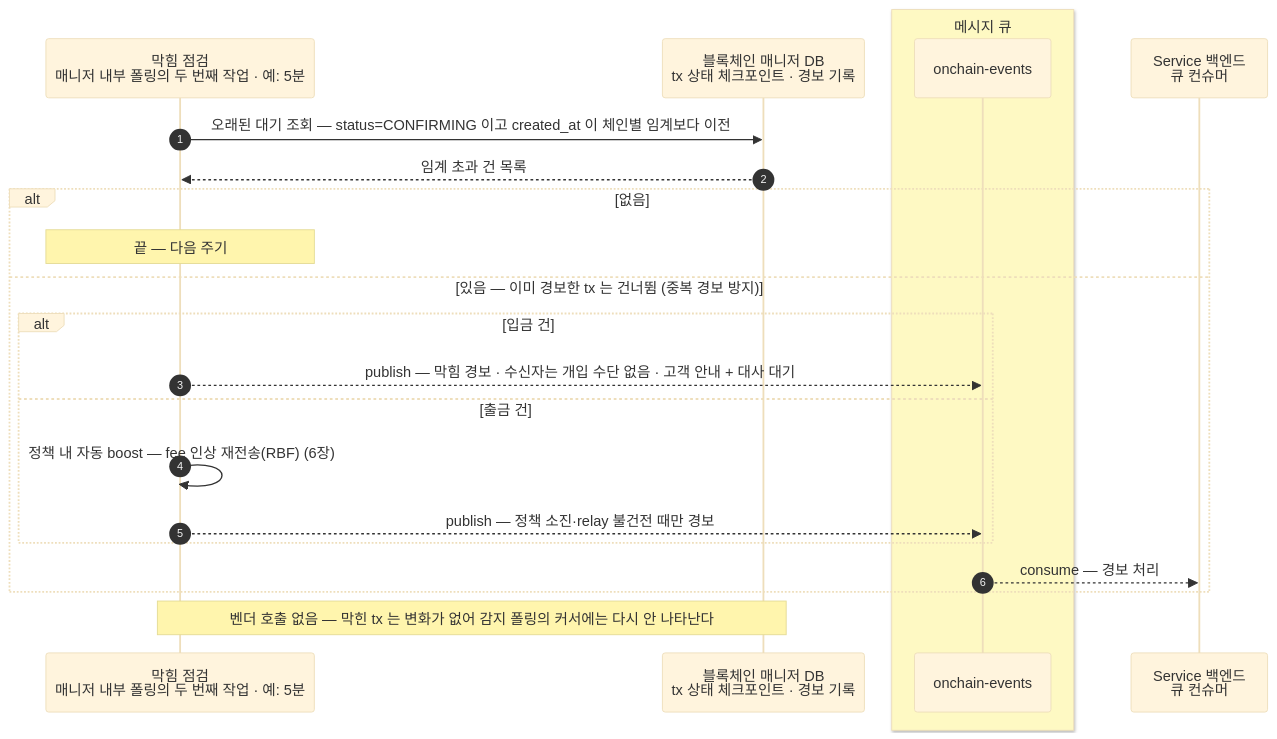
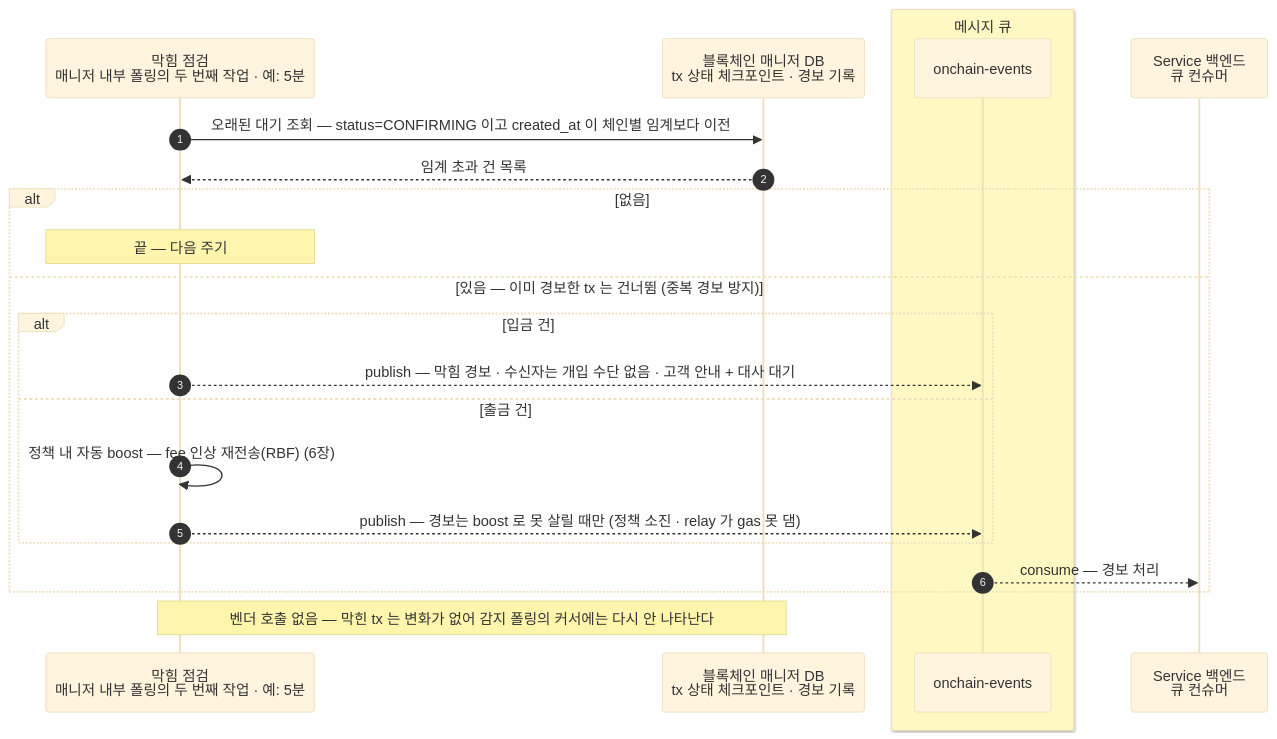
Before and after one commit to eunsujeo/eunpus: the second of 2 diagrams in blockchain-manager/docs/블록체인매니저/설계/04-detect-confirm.md, drawn with Mermaid (base theme). The commit also changed other lines of this file and 1 other file, not shown here.

First line of the commit message:
4장: webhook 견주기 문단 제거 · "relay 불건전"→"relay 가 gas 못 댐"(평이) + 경보 이유 명시

````diff
--- a/blockchain-manager/docs/블록체인매니저/설계/04-detect-confirm.md
+++ b/blockchain-manager/docs/블록체인매니저/설계/04-detect-confirm.md
@@ -111,25 +109,25 @@
 ```mermaid
 sequenceDiagram
     autonumber
     participant SW as 막힘 점검<br/>매니저 내부 폴링의 두 번째 작업 · 예: 5분
     participant MDB as 블록체인 매니저 DB<br/>tx 상태 체크포인트 · 경보 기록
     box rgb(254,249,195) 메시지 큐
     participant MQ as onchain-events
     end
     participant BE as Service 백엔드<br/>큐 컨슈머
 
     SW->>MDB: 오래된 대기 조회 — status=CONFIRMING 이고 created_at 이 체인별 임계보다 이전
     MDB-->>SW: 임계 초과 건 목록
     alt 없음
         Note over SW: 끝 — 다음 주기
     else 있음 — 이미 경보한 tx 는 건너뜀 (중복 경보 방지)
         alt 입금 건
             SW-->>MQ: publish — 막힘 경보 · 수신자는 개입 수단 없음 · 고객 안내 + 대사 대기
         else 출금 건
             SW->>SW: 정책 내 자동 boost — fee 인상 재전송(RBF) (6장)
-            SW-->>MQ: publish — 정책 소진·relay 불건전 때만 경보
+            SW-->>MQ: publish — 경보는 boost 로 못 살릴 때만 (정책 소진 · relay 가 gas 못 댐)
         end
         MQ-->>BE: consume — 경보 처리
     end
     Note over SW,MDB: 벤더 호출 없음 — 막힌 tx 는 변화가 없어 감지 폴링의 커서에는 다시 안 나타난다
 ```
````
